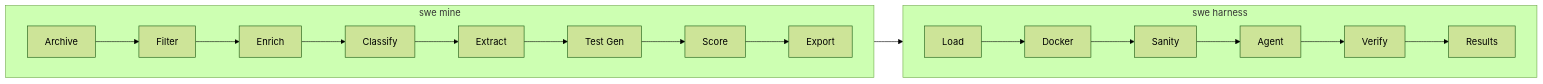
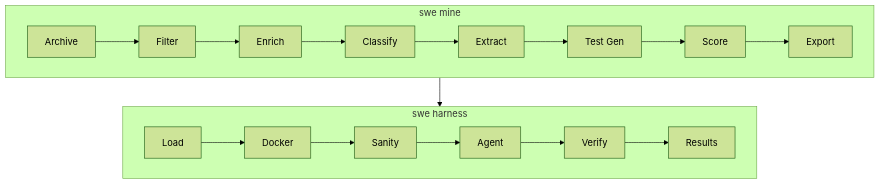
Before and after one commit to CortexLM/dataforge: the first of 5 diagrams in README.md, drawn with Mermaid (forest theme).

Commit message:
docs: split architecture diagram into two rows per subgraph

````diff
--- a/README.md
+++ b/README.md
@@ -27,14 +27,16 @@
 ```mermaid
-graph LR
+graph TD
     subgraph Mine["swe mine"]
         direction LR
-        A[Archive] --> B[Filter] --> C[Enrich] --> D[Classify] --> E[Extract] --> F[Test Gen] --> G[Score] --> H[Export]
+        A[Archive] --> B[Filter] --> C[Enrich] --> D[Classify]
+        D --> E[Extract] --> F[Test Gen] --> G[Score] --> H[Export]
     end
+
+    H --> I
 
     subgraph Harness["swe harness"]
         direction LR
-        I[Load] --> J[Docker] --> K[Sanity] --> L[Agent] --> M[Verify] --> N[Results]
+        I[Load] --> J[Docker] --> K[Sanity]
+        K --> L[Agent] --> M[Verify] --> N[Results]
     end
-
-    H --> I
 ```
````
